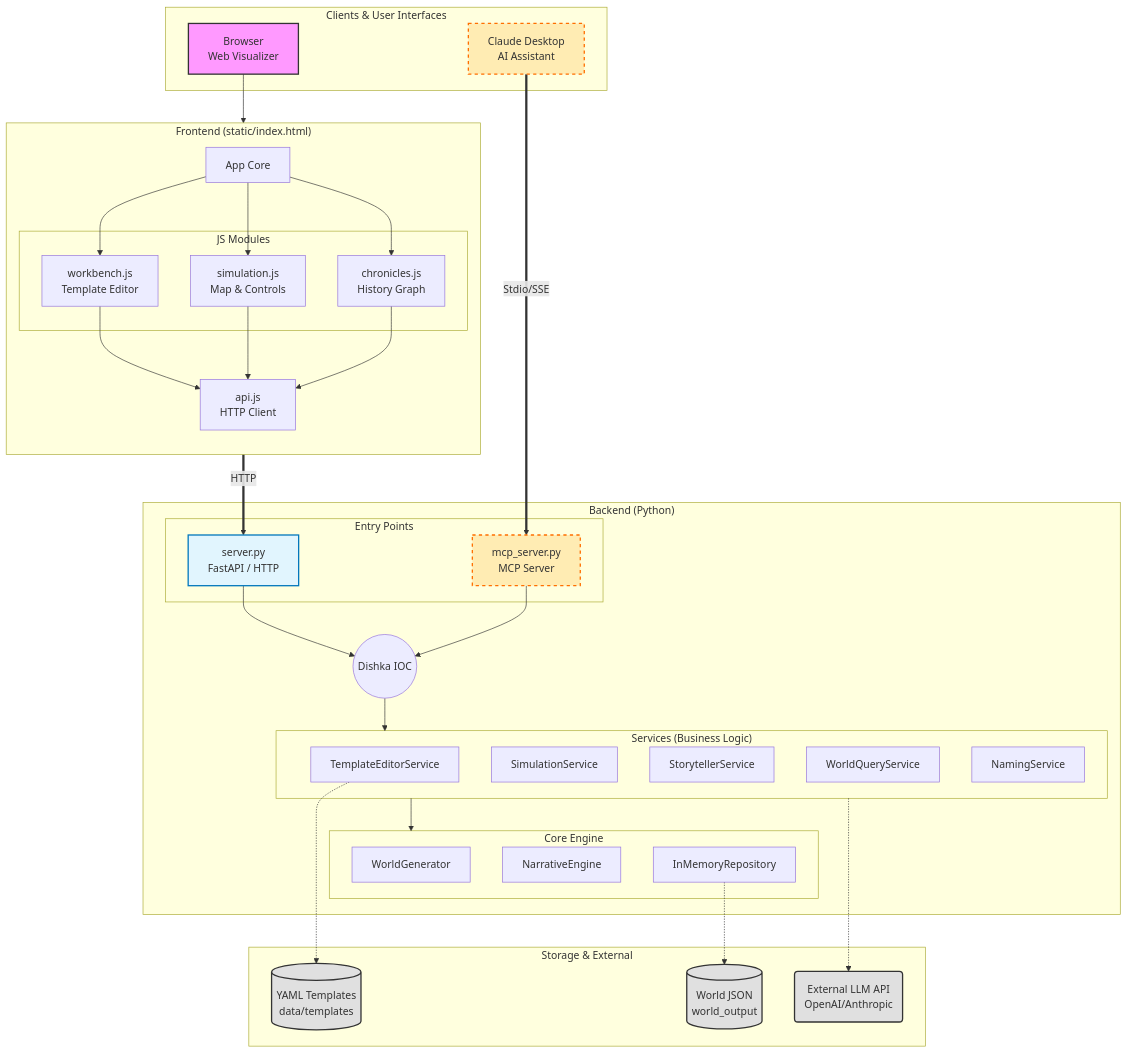
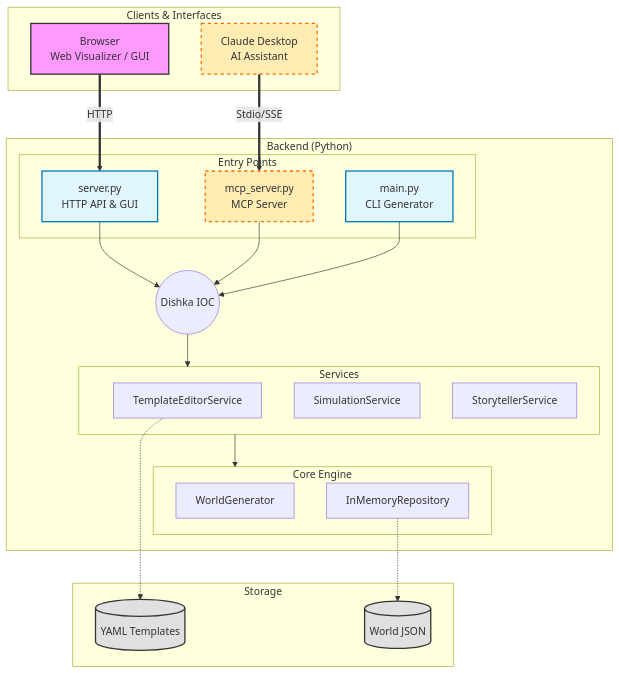
Before and after one commit to Watashicuvu/world-history-engine: the diagram in README.md, drawn with Mermaid. The commit also changed other lines of this file, not shown here.

`````diff
--- a/README.md
+++ b/README.md
@@ -128,82 +30,56 @@
 ```mermaid
 graph TD
-    %% --- Стилизация (Styling) ---
+    %% --- Styles ---
     classDef browser fill:#f9f,stroke:#333,stroke-width:2px;
     classDef mcp fill:#ffecb3,stroke:#ff6f00,stroke-width:2px,stroke-dasharray: 5 5;
     classDef storage fill:#e0e0e0,stroke:#333,stroke-width:2px;
     classDef core fill:#e1f5fe,stroke:#0277bd,stroke-width:2px;
 
-    %% --- External Clients ---
-    subgraph Clients ["Clients & User Interfaces"]
-        BrowserUI[Browser<br>Web Visualizer]:::browser
+    %% --- Clients ---
+    subgraph Clients ["Clients & Interfaces"]
+        BrowserUI[Browser<br>Web Visualizer / GUI]:::browser
         ClaudeApp[Claude Desktop<br>AI Assistant]:::mcp
-    end
-
-    %% --- Frontend ---
-    subgraph Frontend ["Frontend (static/index.html)"]
-        direction TB
-        UI_Core[App Core]
-        
-        subgraph JS_Modules ["JS Modules"]
-            WB_JS[workbench.js<br>Template Editor]
-            SIM_JS[simulation.js<br>Map & Controls]
-            CH_JS[chronicles.js<br>History Graph]
-        end
-        
-        API_JS[api.js<br>HTTP Client]
-        
-        BrowserUI --> UI_Core
-        UI_Core --> WB_JS & SIM_JS & CH_JS
-        WB_JS & SIM_JS & CH_JS --> API_JS
     end
 
     %% --- Backend ---
     subgraph Backend ["Backend (Python)"]
         
         %% Entry Points
         subgraph EntryPoints ["Entry Points"]
-            Server[server.py<br>FastAPI / HTTP]:::core
+            Server[server.py<br>HTTP API & GUI]:::core
+            CLI[main.py<br>CLI Generator]:::core
             MCPSrv[mcp_server.py<br>MCP Server]:::mcp
         end
 
-        %% Dependency Injection
         DI((Dishka IOC))
 
-        %% Service Layer
-        subgraph Services ["Services (Business Logic)"]
+        subgraph Services ["Services"]
             TES[TemplateEditorService]
             SIM_S[SimulationService]
             ST_S[StorytellerService]
-            WQS[WorldQueryService]
-            NS[NamingService]
         end
         
         %% Core Logic
         subgraph CoreEngine ["Core Engine"]
             WG[WorldGenerator]
-            NE[NarrativeEngine]
             Repo[InMemoryRepository]
         end
 
         %% Connections
         ClaudeApp == Stdio/SSE ==> MCPSrv
-        API_JS == HTTP ==> Server
+        BrowserUI == HTTP ==> Server
         
-        Server & MCPSrv --> DI
+        Server & MCPSrv & CLI --> DI
         DI --> Services
-        
         Services --> CoreEngine
     end
 
     %% --- Storage ---
-    subgraph Storage ["Storage & External"]
-        YAML[(YAML Templates<br>data/templates)]:::storage
-        JSON[(World JSON<br>world_output)]:::storage
-        LLM_API(External LLM API<br>OpenAI/Anthropic):::storage
+    subgraph Storage ["Storage"]
+        YAML[(YAML Templates)]:::storage
+        JSON[(World JSON)]:::storage
     end
 
-    %% --- Cross-Links ---
-    Services -.-> LLM_API
     Repo -.-> JSON
     TES -.-> YAML
-```
+````
`````
